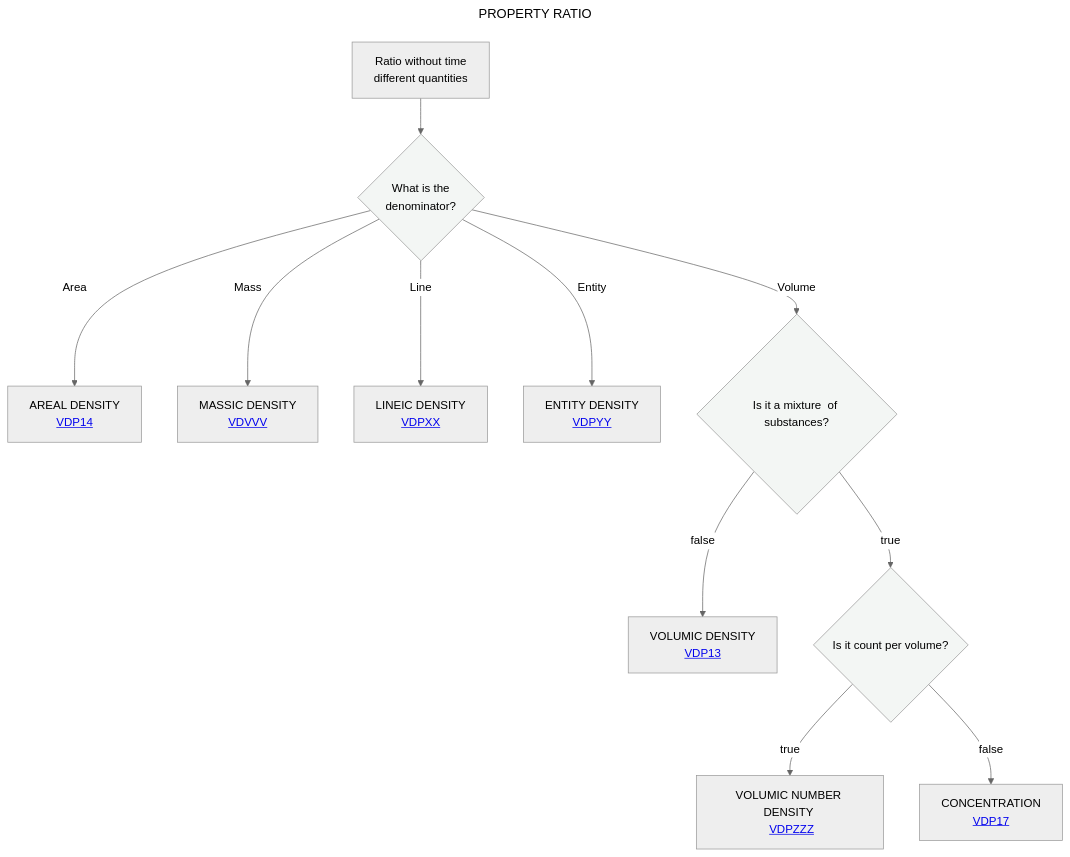
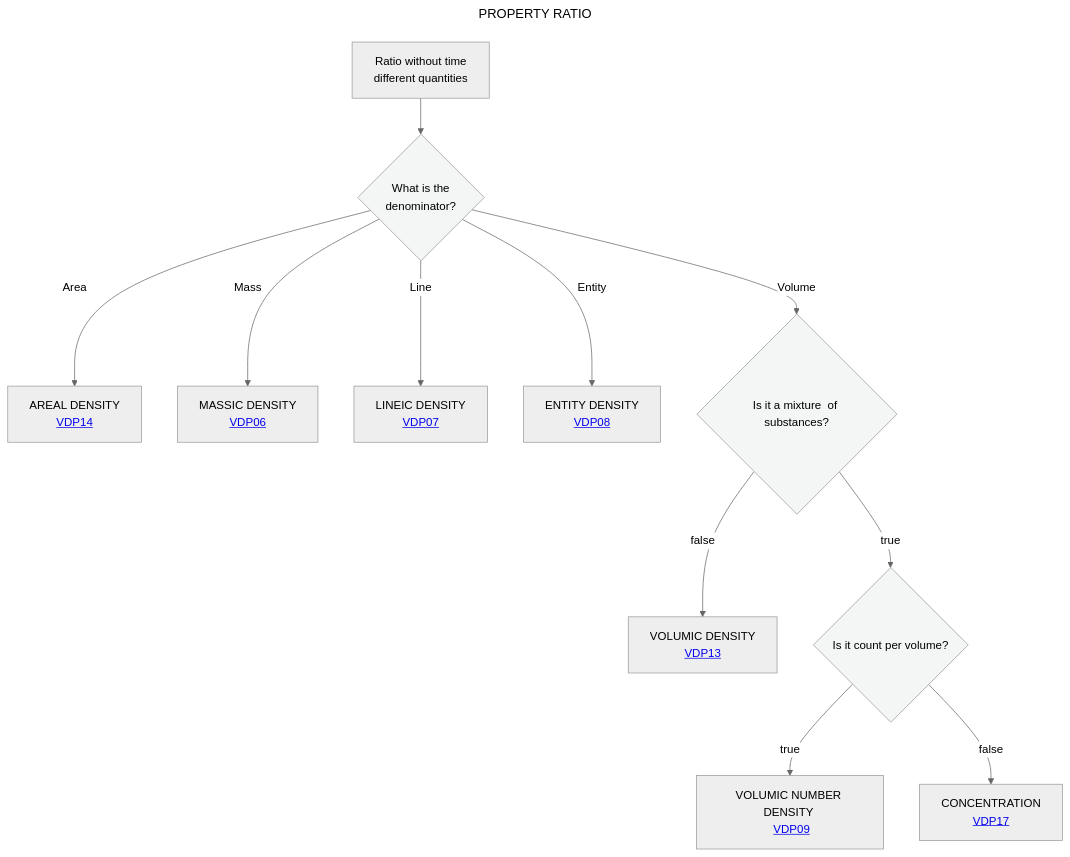
One commit to mabablue/I-ADOPT-patterns-playground changed the diagram in Decisition_trees/DT4.mmd. Above: the diagram before and after it, drawn with Mermaid (neutral theme).

```diff
--- a/Decisition_trees/DT4.mmd
+++ b/Decisition_trees/DT4.mmd
@@ -1,18 +1,18 @@
 ---
 title: PROPERTY RATIO
 ---
 flowchart TD
     A[Ratio without time <br> different quantities] --> B{What is the <br> denominator?}:::white
     B -- Area -->C[AREAL DENSITY <br> <a href='https://github.com/mabablue/I-ADOPT-patterns-playground/blob/main/pattern/VDP14.yaml'>VDP14</a>]
-    B -- Mass -->E[MASSIC DENSITY <br> <a href='https://github.com/mabablue/I-ADOPT-patterns-playground/blob/main/pattern/VDP14.yaml'>VDVVV</a>]
-    B -- Line -->D[LINEIC DENSITY <br> <a href='https://github.com/mabablue/I-ADOPT-patterns-playground/blob/main/pattern/VDPXX.yaml'>VDPXX</a>]
-    B -- Entity -->F[ENTITY DENSITY <br> <a href='https://github.com/mabablue/I-ADOPT-patterns-playground/blob/main/pattern/VDPXX.yaml'>VDPYY</a>]
+    B -- Mass -->E[MASSIC DENSITY <br> <a href='https://github.com/mabablue/I-ADOPT-patterns-playground/blob/main/pattern/VDP06.yaml'>VDP06</a>]
+    B -- Line -->D[LINEIC DENSITY <br> <a href='https://github.com/mabablue/I-ADOPT-patterns-playground/blob/main/pattern/VDP07.yaml'>VDP07</a>]
+    B -- Entity -->F[ENTITY DENSITY <br> <a href='https://github.com/mabablue/I-ADOPT-patterns-playground/blob/main/pattern/VDP09.yaml'>VDP08</a>]
     B -- Volume -->G{Is it a mixture <be> of substances?}:::white
     G --> |false|H[VOLUMIC DENSITY <br> <a href='https://github.com/mabablue/I-ADOPT-patterns-playground/blob/main/pattern/VDP13.yaml'>VDP13</a>]
     G--> |true|I{Is it count per volume?}:::white
-    I --> |true|L[VOLUMIC NUMBER DENSITY <br> <a href='https://github.com/mabablue/I-ADOPT-patterns-playground/blob/main/pattern/VDP17.yaml'>VDPZZZ</a>]
+    I --> |true|L[VOLUMIC NUMBER DENSITY <br> <a href='https://github.com/mabablue/I-ADOPT-patterns-playground/blob/main/pattern/VDP09.yaml'>VDP09</a>]
     I --> |false|M[CONCENTRATION <br> <a href='https://github.com/mabablue/I-ADOPT-patterns-playground/blob/main/pattern/VDP17.yaml'>VDP17</a>]
    classDef blue fill:#90D5FF
    classDef satblue fill:#57B9FF 
    classDef white fill:#f3f6f4
    classDef green fill:#6aa84f
```
